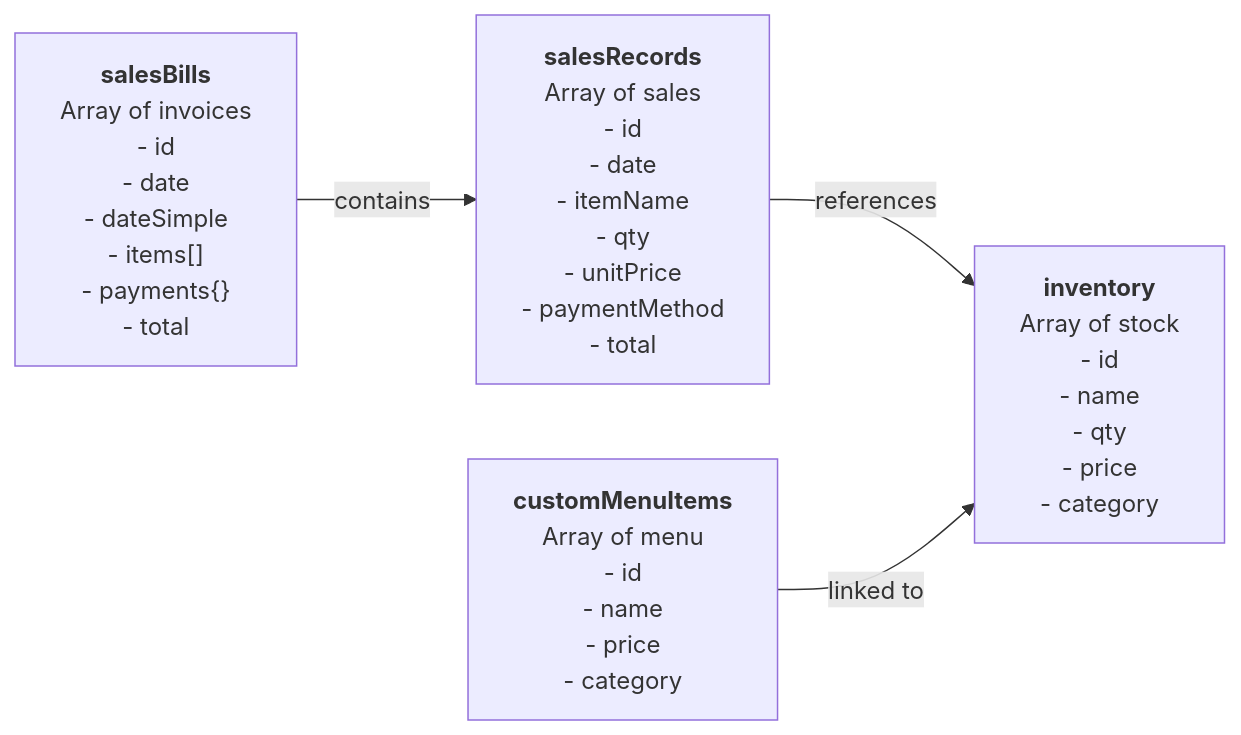
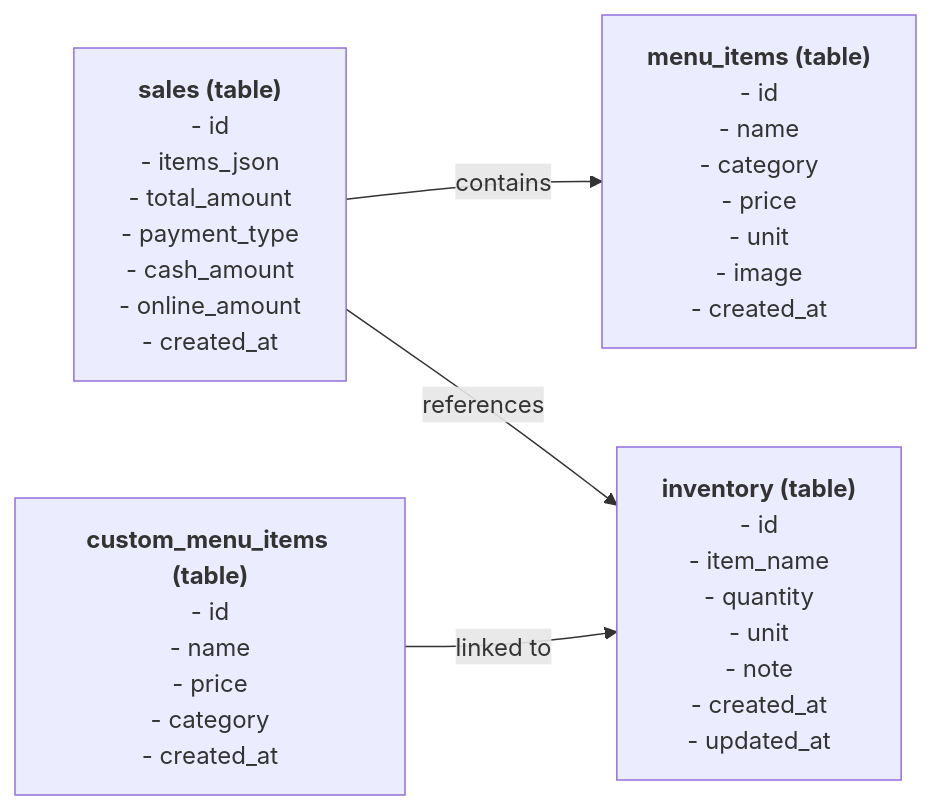
Before and after one commit to Alrayyanumar56/Cafeteria-Mangement-System: the sixth of 6 diagrams in docs/ARCHITECTURE.md, drawn with Mermaid. The commit also changed other lines of this file and 1 other file, not shown here.

````diff
--- a/docs/ARCHITECTURE.md
+++ b/docs/ARCHITECTURE.md
@@ -198,11 +191,11 @@
 ```mermaid
 graph LR
-    SR["<b>salesRecords</b><br/>Array of sales<br/>- id<br/>- date<br/>- itemName<br/>- qty<br/>- unitPrice<br/>- paymentMethod<br/>- total"]
-    SB["<b>salesBills</b><br/>Array of invoices<br/>- id<br/>- date<br/>- dateSimple<br/>- items[]<br/>- payments{}<br/>- total"]
-    INV["<b>inventory</b><br/>Array of stock<br/>- id<br/>- name<br/>- qty<br/>- price<br/>- category"]
-    CMI["<b>customMenuItems</b><br/>Array of menu<br/>- id<br/>- name<br/>- price<br/>- category"]
+    SALES_TBL["<b>sales (table)</b><br/>- id<br/>- items_json<br/>- total_amount<br/>- payment_type<br/>- cash_amount<br/>- online_amount<br/>- created_at"]
+    MENU_TBL["<b>menu_items (table)</b><br/>- id<br/>- name<br/>- category<br/>- price<br/>- unit<br/>- image<br/>- created_at"]
+    INV_TBL["<b>inventory (table)</b><br/>- id<br/>- item_name<br/>- quantity<br/>- unit<br/>- note<br/>- created_at<br/>- updated_at"]
+    CMI_TBL["<b>custom_menu_items (table)</b><br/>- id<br/>- name<br/>- price<br/>- category<br/>- created_at"]
     
-    SB -->|contains| SR
-    SR -->|references| INV
-    CMI -->|linked to| INV
+    SALES_TBL -->|contains| MENU_TBL
+    SALES_TBL -->|references| INV_TBL
+    CMI_TBL -->|linked to| INV_TBL
 ```
````
